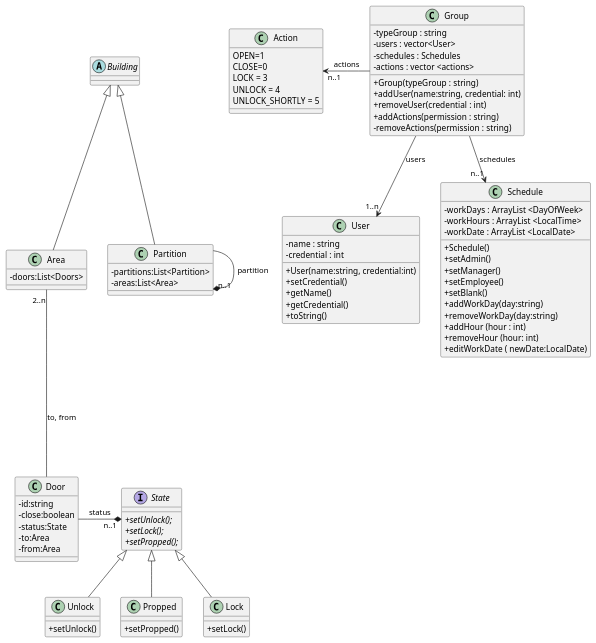
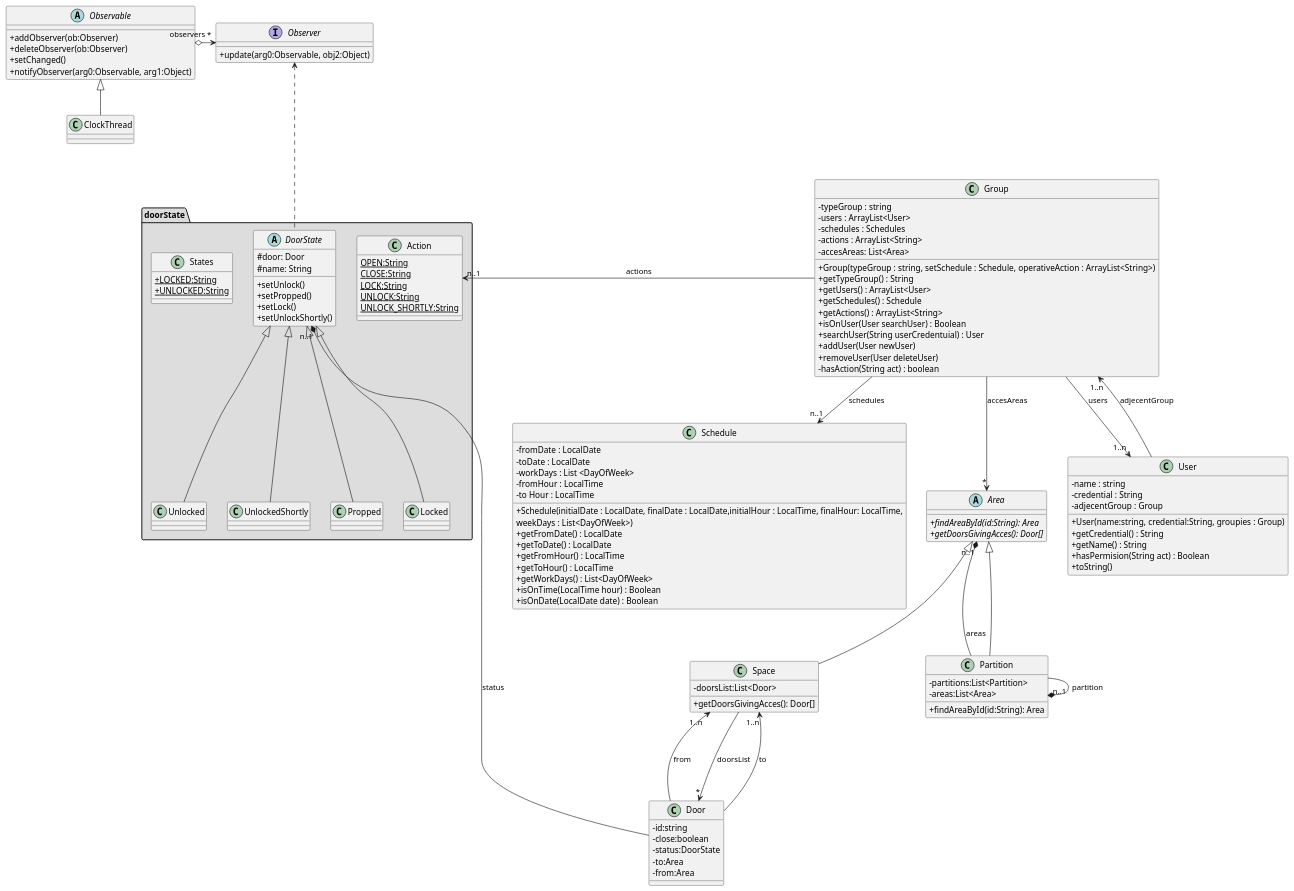
Before and after one commit to cuevc/PlabDs: the diagram in src/baseNoStates/uml/class.puml, drawn with PlantUML. The commit also changed 4 other files, not shown here.

Commit message:
Group, users and schedule finished with mode

```diff
--- a/src/baseNoStates/uml/class.puml
+++ b/src/baseNoStates/uml/class.puml
@@ -1,110 +1,163 @@
 @startuml
 skinparam classAttributeIconSize 0
 ' this is to use the standard notation for public, protected, private
 
 class User {
 - name : string
-- credential : int
-
-+ User(name:string, credential:int)
-+ setCredential()
-+ getName()
-+ getCredential()
+- credential : String
+- adjecentGroup : Group
++ User(name:string, credential:String, groupies : Group)
++ getCredential() : String
++ getName() : String
++ hasPermision(String act) : Boolean
 + toString()
 }
 
 
 
 class Group{
     - typeGroup : string
-    - users : vector<User>
+    - users : ArrayList<User>
     - schedules : Schedules
-    - actions : vector <actions>
-   + Group(typeGroup : string)
-   + addUser(name:string, credential: int)
-   + removeUser(credential : int)
-   + addActions(permission : string)
-   - removeActions(permission : string)
+    - actions : ArrayList<String>
+    - accesAreas: List<Area>
+
+   + Group(typeGroup : string, setSchedule : Schedule, operativeAction : ArrayList<String>)
+   + getTypeGroup() : String
+   + getUsers() : ArrayList<User>
+   + getSchedules() : Schedule
+   + getActions() : ArrayList<String>
+   + isOnUser(User searchUser) : Boolean
+   + searchUser(String userCredentuial) : User
+   + addUser(User newUser)
+   + removeUser(User deleteUser)
+   - hasAction(String act) : boolean
 
 }
-Group -left-> "n..1" Action : actions
-Group -down-> "n..1" Schedule : schedules
-Group -down-> "1..n"  User: users
 
 
 class Schedule{
-    - workDays : ArrayList <DayOfWeek>
-    - workHours : ArrayList <LocalTime>
-    - workDate : ArrayList <LocalDate>
+    - fromDate : LocalDate
+    - toDate : LocalDate
+    - workDays : List <DayOfWeek>
+    - fromHour : LocalTime
+    - to Hour : LocalTime
 
-    + Schedule()
-    + setAdmin()
-    + setManager()
-    + setEmployee()
-    + setBlank()
-    + addWorkDay(day:string)
-    + removeWorkDay(day:string)
-    + addHour (hour : int)
-    + removeHour (hour: int)
-    + editWorkDate ( newDate:LocalDate)
+    + Schedule(initialDate : LocalDate, finalDate : LocalDate,initialHour : LocalTime, finalHour: LocalTime,
+    weekDays : List<DayOfWeek>)
+    + getFromDate() : LocalDate
+    + getToDate() : LocalDate
+    + getFromHour() : LocalTime
+    + getToHour() : LocalTime
+    + getWorkDays() : List<DayOfWeek>
+    + isOnTime(LocalTime hour) : Boolean
+    + isOnDate(LocalDate date) : Boolean
 
 }
 
 
 class Door{
     -id:string
     -close:boolean
-    -status:State
+    -status:DoorState
     -to:Area
     -from:Area
 }
 
-Interface State{
-    {abstract}+setUnlock();
-    {abstract}+setLock();
-    {abstract}+setPropped();
+namespace doorState #DDDDDD{
+    class States{
+       +{static}LOCKED:String
+       +{static}UNLOCKED:String
+    }
+
+    class Action{
+        {static}OPEN:String
+        {static}CLOSE:String
+        {static}LOCK:String
+        {static}UNLOCK:String
+        {static}UNLOCK_SHORTLY:String
+    }
+
+    abstract DoorState{
+        #door: Door
+        #name: String
+        +setUnlock()
+        +setPropped()
+        +setLock()
+        +setUnlockShortly()
+    }
+
+    class Unlocked extends DoorState{
+
+    }
+
+    class UnlockedShortly extends DoorState{
+
+    }
+
+    class Propped extends DoorState{
+
+    }
+
+    class Locked extends DoorState{
+
+    }
 }
 
-class Unlock extends State{
-    +setUnlock()
+
+abstract Area{
+    {abstract}+findAreaById(id:String): Area
+    {abstract}+getDoorsGivingAcces(): Door[]
 }
 
-class Propped extends State{
-    +setPropped()
+class Partition extends Area{
+    -partitions:List<Partition>
+    -areas:List<Area>
+
+    +findAreaById(id:String): Area
 }
 
-class Lock extends State{
-    +setLock()
+ class Space Extends Area{
+    -doorsList:List<Door>
+
+    +getDoorsGivingAcces(): Door[]
 }
 
-class Area Extends Building{
-    -doors:List<Doors>
+
+abstract Observable{
+    +addObserver(ob:Observer)
+    +deleteObserver(ob:Observer)
+    +setChanged()
+    +notifyObserver(arg0:Observable, arg1:Object)
 }
 
-class Partition extends Building{
-    -partitions:List<Partition>
-    -areas:List<Area>
+interface Observer{
+    +update(arg0:Observable, obj2:Object)
 }
 
-abstract class Building{
+
+class ClockThread extends Observable{
 
 }
 
-class Action{
-    OPEN=1
-    CLOSE=0
-    LOCK = 3
-    UNLOCK = 4
-    UNLOCK_SHORTLY = 5
-}
+Group -left-> "n..1" Action : actions
+Group -down-> "n..1" Schedule : schedules
+Group -down-> "1..n"  User: users
+User -up-> "1..n" Group:adjecentGroup
 
 
+Door --up->"1..n" Space: to
+Door --up->"1..n" Space: from
+Door -right-*"n..1" DoorState : status
 
-Door -right-*"n..1" State : status
-Door --up--"2..n" Area: to, from
 Partition --right*"n..1" Partition : partition
+Partition --down*"n..1" Area: areas
 
+Space --down->"*" Door:doorsList
 
+Group -->"*" Area: accesAreas
 
+Observable o-right-> "observers *" Observer
 
+DoorState ..Up.> Observer
 @enduml
```
